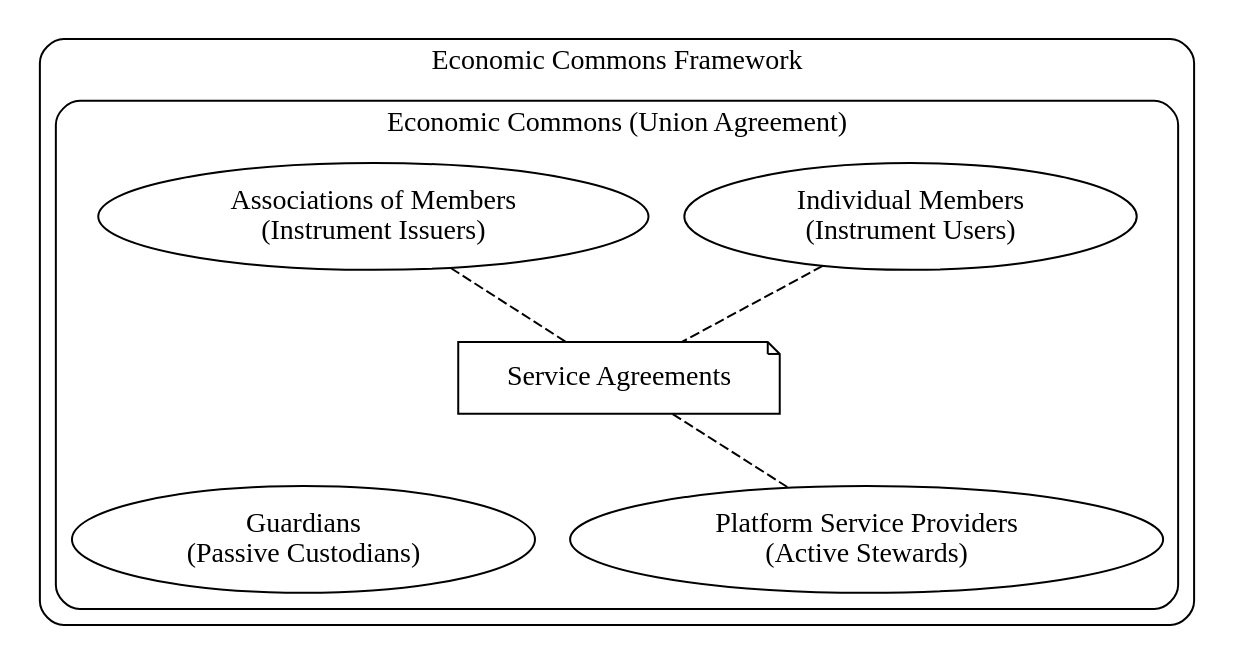
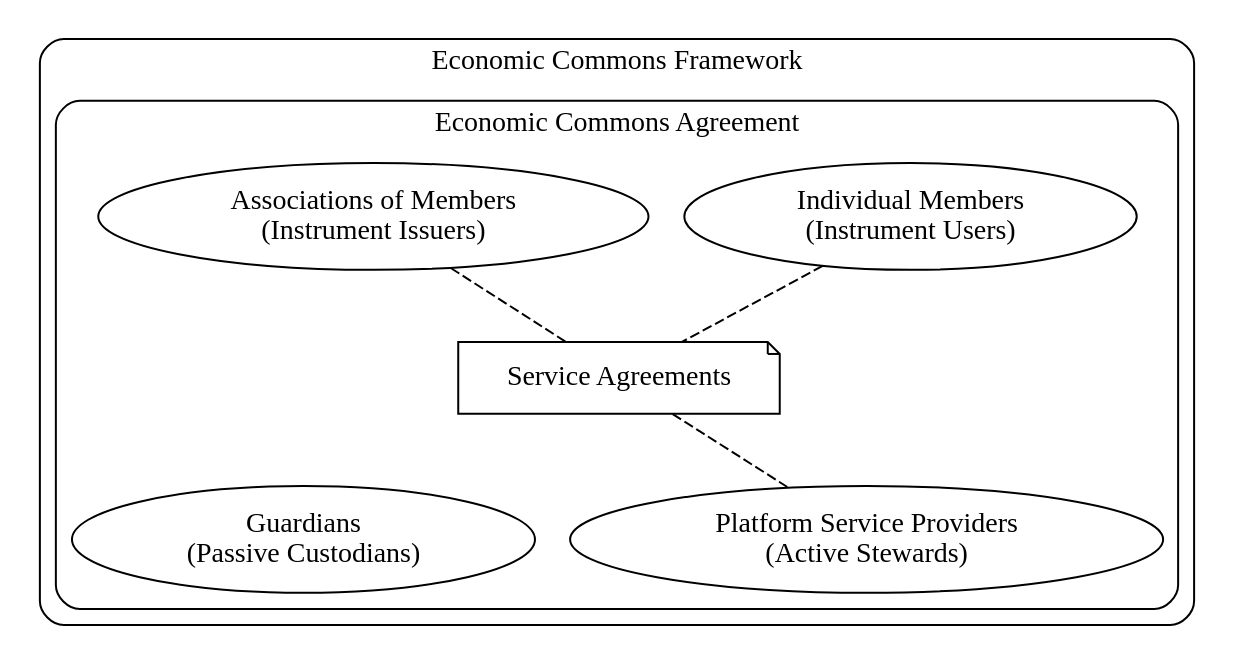
The diagram in docs/legal/index.md (grassrootseconomics/docs.grassecon.org), drawn with Graphviz before and after one commit. The commit also changed other lines of this file and 11 other files, not shown here.

Commit message:
from union to commons

````diff
--- a/docs/legal/index.md
+++ b/docs/legal/index.md
@@ -7,30 +7,30 @@
-```graphviz dot clearing_union2.svg
+```graphviz dot econ_commons1.svg
 digraph D {
  compound=true;
 
   subgraph cluster_e {
 
     label = "Economic Commons Framework";
      style="rounded"
 
 
   subgraph cluster_p {
 
-    label = "Economic Commons (Union Agreement)";
+    label = "Economic Commons Agreement";
      style="rounded"
      edge [arrowhead=none,arrowtail=dot,style=dashed];
 
      e [label= "Guardians\n(Passive Custodians)"]
      nd_2   [label = "Individual Members\n(Instrument Users)"];
      nd_1   [label = "Associations of Members\n(Instrument Issuers)"];
      	serve_1   [label = "Service Agreements",shape="note"];
 
 	csp   [label = "Platform Service Providers\n(Active Stewards)"];
         nd_1 -> serve_1 -> csp
         nd_2 -> serve_1
 	serve_1 -> e [ style = invis ];
 
   }
     }
 }
 ```
````
